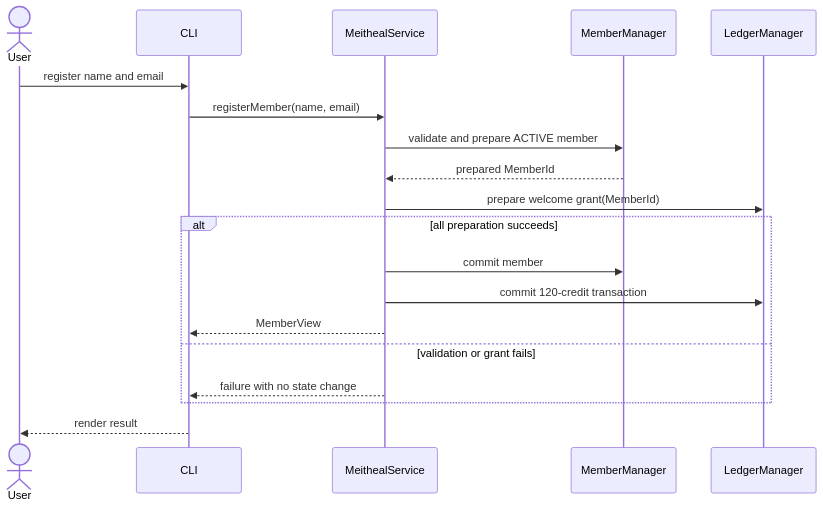
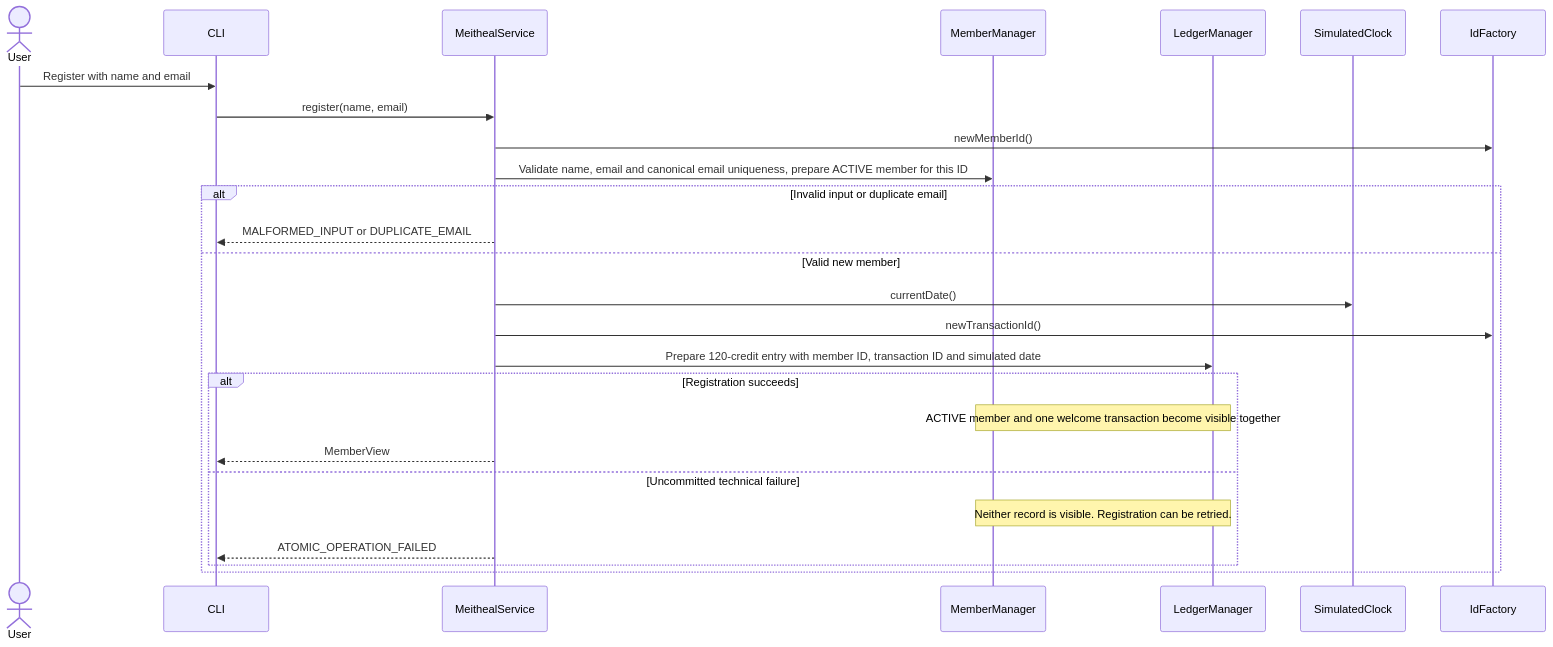
Before and after one commit to MoazMR/COMP41670-Excursions: the first of 7 diagrams in docs/design/SequenceDiagrams.md, drawn with Mermaid. The commit also changed other lines of this file and 6 other files, not shown here.

````diff
--- a/docs/design/SequenceDiagrams.md
+++ b/docs/design/SequenceDiagrams.md
@@ -5,22 +7,29 @@
 ```mermaid
 sequenceDiagram
     actor User
     participant CLI
     participant Service as MeithealService
     participant Members as MemberManager
     participant Ledger as LedgerManager
+    participant Clock as SimulatedClock
+    participant IDs as IdFactory
 
-    User->>CLI: register name and email
-    CLI->>Service: registerMember(name, email)
-    Service->>Members: validate and prepare ACTIVE member
-    Members-->>Service: prepared MemberId
-    Service->>Ledger: prepare welcome grant(MemberId)
-    alt all preparation succeeds
-        Service->>Members: commit member
-        Service->>Ledger: commit 120-credit transaction
-        Service-->>CLI: MemberView
-    else validation or grant fails
-        Service-->>CLI: failure with no state change
+    User->>CLI: Register with name and email
+    CLI->>Service: register(name, email)
+    Service->>IDs: newMemberId()
+    Service->>Members: Validate name, email and canonical email uniqueness, prepare ACTIVE member for this ID
+    alt Invalid input or duplicate email
+        Service-->>CLI: MALFORMED_INPUT or DUPLICATE_EMAIL
+    else Valid new member
+        Service->>Clock: currentDate()
+        Service->>IDs: newTransactionId()
+        Service->>Ledger: Prepare 120-credit entry with member ID, transaction ID and simulated date
+        alt Registration succeeds
+            Note over Members,Ledger: ACTIVE member and one welcome transaction become visible together
+            Service-->>CLI: MemberView
+        else Uncommitted technical failure
+            Note over Members,Ledger: Neither record is visible. Registration can be retried.
+            Service-->>CLI: ATOMIC_OPERATION_FAILED
+        end
     end
-    CLI-->>User: render result
 ```
````
